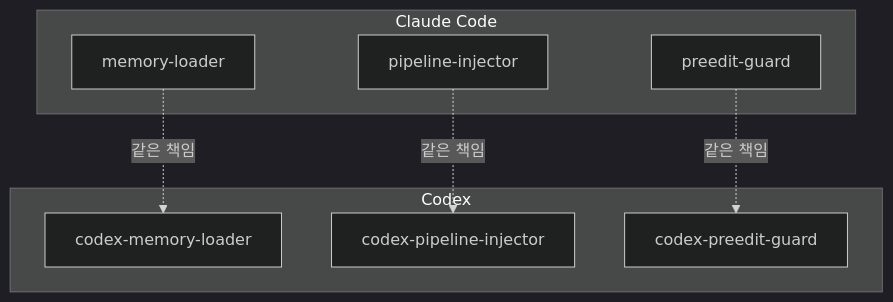
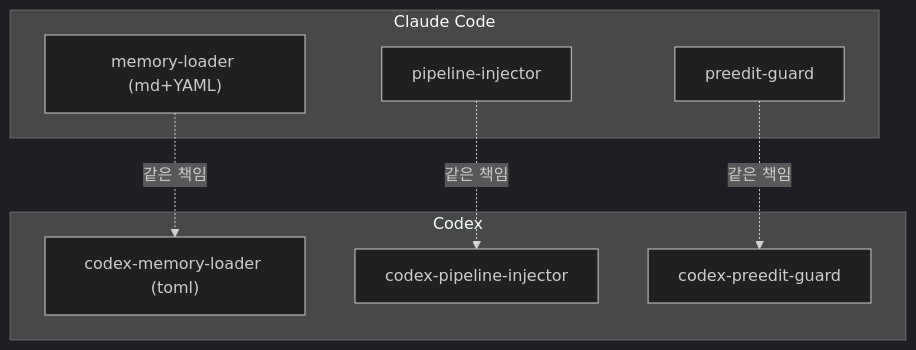
One commit to RJ-Stony/injoy changed the diagram in src/content/posts/harness-6-codex.md. Above: the diagram before and after it, drawn with Mermaid (dark theme). The commit also changed other lines of this file and 6 other files, not shown here.

````diff
--- a/src/content/posts/harness-6-codex.md
+++ b/src/content/posts/harness-6-codex.md
@@ -34,16 +75,16 @@
 ```mermaid
 flowchart TD
     subgraph Claude["Claude Code"]
-        C1["memory-loader"]
+        C1["memory-loader (md+YAML)"]
         C2["pipeline-injector"]
         C3["preedit-guard"]
     end
     subgraph Codex["Codex"]
-        D1["codex-memory-loader"]
+        D1["codex-memory-loader (toml)"]
         D2["codex-pipeline-injector"]
         D3["codex-preedit-guard"]
     end
     C1 -.같은 책임.-> D1
     C2 -.같은 책임.-> D2
     C3 -.같은 책임.-> D3
 ```
````
